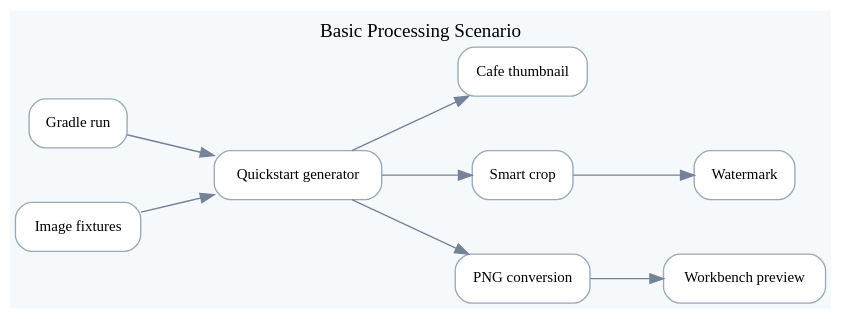
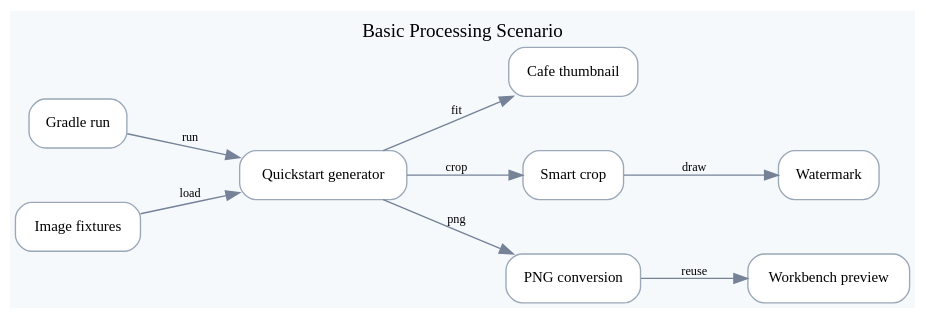
The diagram in docs/images/readme-diagrams/examples-basic-processing-scenario-01.dot (bluetape4k/bluetape4k-image), drawn with Graphviz before and after one commit. The commit also changed 40 other files, not shown here.

First line of the commit message:
docs: validate example diagram routing

```diff
--- a/docs/images/readme-diagrams/examples-basic-processing-scenario-01.dot
+++ b/docs/images/readme-diagrams/examples-basic-processing-scenario-01.dot
@@ -1,22 +1,22 @@
 digraph G {
   graph [rankdir=LR, bgcolor="#F6F9FC", margin=0.18, nodesep=0.55, ranksep=0.75];
   node [shape=box, style="rounded,filled", fillcolor="#FFFFFF", color="#9AA8B8", fontname="Comic Mono", fontsize=11];
   edge [color="#758297", fontname="Comic Mono", fontsize=9];
   label="Basic Processing Scenario";
   labelloc="t";
   "run" [label="Gradle run"];
   "fixtures" [label="Image fixtures"];
   "generator" [label="Quickstart generator"];
   "thumb" [label="Cafe thumbnail"];
   "crop" [label="Smart crop"];
   "convert" [label="PNG conversion"];
   "watermark" [label="Watermark"];
   "preview" [label="Workbench preview"];
-  "run" -> "generator" [label=""];
-  "fixtures" -> "generator" [label=""];
-  "generator" -> "thumb" [label=""];
-  "generator" -> "crop" [label=""];
-  "generator" -> "convert" [label=""];
-  "crop" -> "watermark" [label=""];
-  "convert" -> "preview" [label=""];
+  "run" -> "generator" [label="run"];
+  "fixtures" -> "generator" [label="load"];
+  "generator" -> "thumb" [label="fit"];
+  "generator" -> "crop" [label="crop"];
+  "generator" -> "convert" [label="png"];
+  "crop" -> "watermark" [label="draw"];
+  "convert" -> "preview" [label="reuse"];
 }
```
